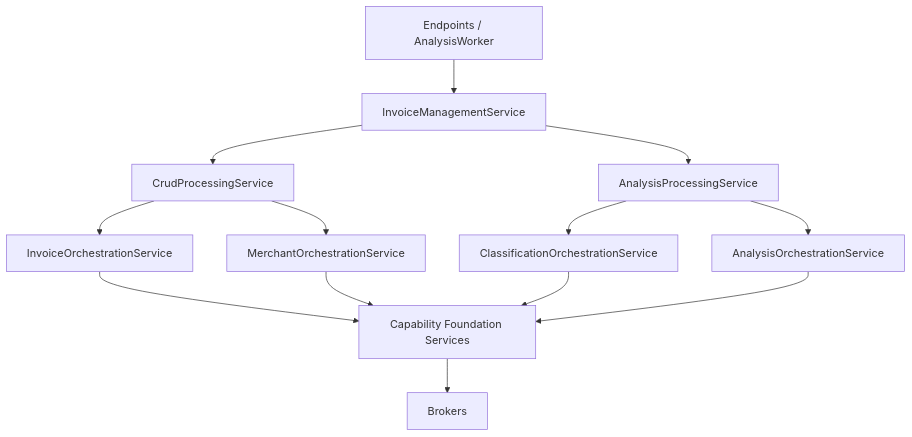
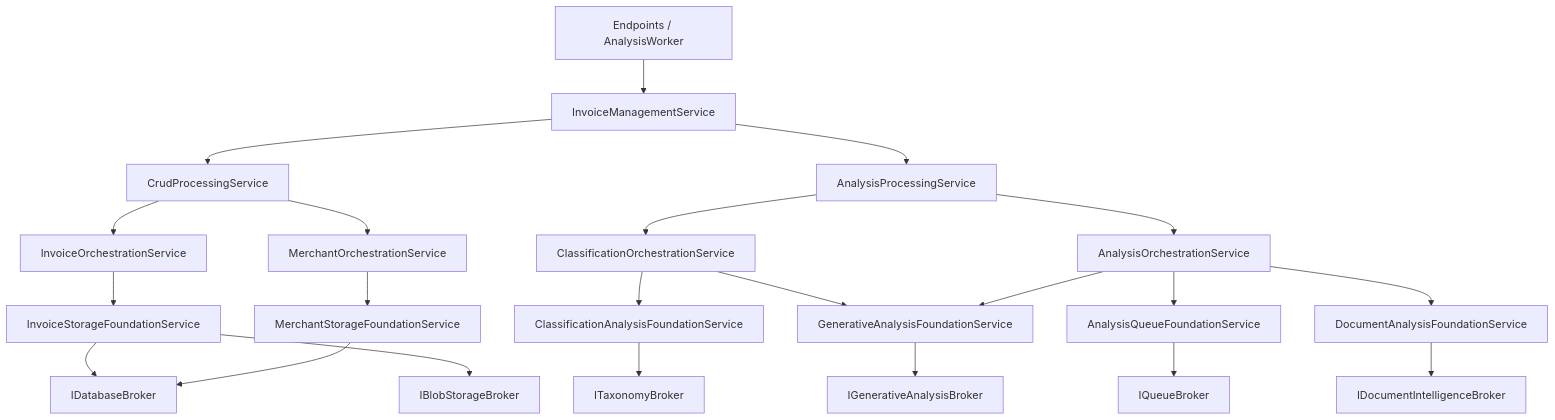
Before and after one commit to arolariu/arolariu.ro: the diagram in docs/rfc/2003-the-standard-implementation.md, drawn with Mermaid. The commit also changed other lines of this file and 3 other files, not shown here.

First line of the commit message:
docs(api): align invoice architecture RFCs

````diff
--- a/docs/rfc/2003-the-standard-implementation.md
+++ b/docs/rfc/2003-the-standard-implementation.md
@@ -64,26 +69,45 @@
 ```mermaid
 flowchart TB
   Adapters[Endpoints / AnalysisWorker]
   Management[InvoiceManagementService]
   Crud[CrudProcessingService]
   Analysis[AnalysisProcessingService]
   InvoiceOrch[InvoiceOrchestrationService]
   MerchantOrch[MerchantOrchestrationService]
   ClassificationOrch[ClassificationOrchestrationService]
   AnalysisOrch[AnalysisOrchestrationService]
-  Foundations[Capability Foundation Services]
-  Brokers[Brokers]
+  InvoiceFoundation[InvoiceStorageFoundationService]
+  MerchantFoundation[MerchantStorageFoundationService]
+  ClassificationFoundation[ClassificationAnalysisFoundationService]
+  GenerativeFoundation[GenerativeAnalysisFoundationService]
+  DocumentFoundation[DocumentAnalysisFoundationService]
+  QueueFoundation[AnalysisQueueFoundationService]
+  DatabaseBroker[IDatabaseBroker]
+  BlobBroker[IBlobStorageBroker]
+  TaxonomyBroker[ITaxonomyBroker]
+  GenerativeBroker[IGenerativeAnalysisBroker]
+  DocumentBroker[IDocumentIntelligenceBroker]
+  QueueBroker[IQueueBroker]
 
   Adapters --> Management
   Management --> Crud
   Management --> Analysis
   Crud --> InvoiceOrch
   Crud --> MerchantOrch
   Analysis --> ClassificationOrch
   Analysis --> AnalysisOrch
-  InvoiceOrch --> Foundations
-  MerchantOrch --> Foundations
-  ClassificationOrch --> Foundations
-  AnalysisOrch --> Foundations
-  Foundations --> Brokers
+  InvoiceOrch --> InvoiceFoundation
+  MerchantOrch --> MerchantFoundation
+  ClassificationOrch --> ClassificationFoundation
+  ClassificationOrch --> GenerativeFoundation
+  AnalysisOrch --> QueueFoundation
+  AnalysisOrch --> DocumentFoundation
+  AnalysisOrch --> GenerativeFoundation
+  InvoiceFoundation --> DatabaseBroker
+  InvoiceFoundation --> BlobBroker
+  MerchantFoundation --> DatabaseBroker
+  ClassificationFoundation --> TaxonomyBroker
+  GenerativeFoundation --> GenerativeBroker
+  DocumentFoundation --> DocumentBroker
+  QueueFoundation --> QueueBroker
 ```
````
